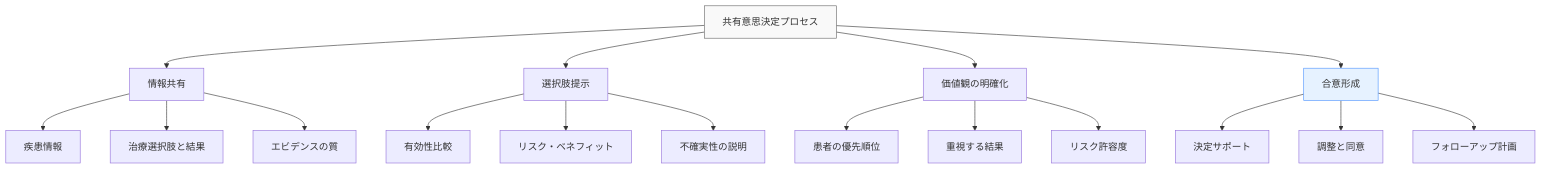
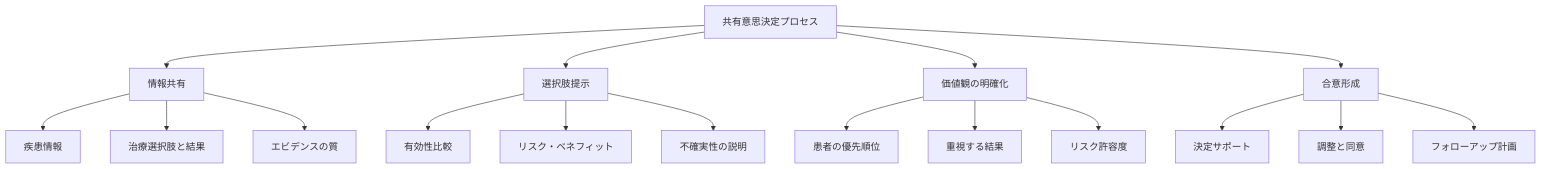
Before and after one commit to shuji-bonji/Situational-Awareness-and-Decision-Making: the third of 11 diagrams in docs/applications/medical-dm.md, drawn with Mermaid. The commit also changed other lines of this file and 49 other files, not shown here.

Commit message:
fix: ダークモードで見づらい図の色の変更

````diff
--- a/docs/applications/medical-dm.md
+++ b/docs/applications/medical-dm.md
@@ -96,26 +96,26 @@
     ```mermaid
     graph TD
         A[共有意思決定プロセス] --> B[情報共有]
         A --> C[選択肢提示]
         A --> D[価値観の明確化]
         A --> E[合意形成]
         
         B --> B1[疾患情報]
         B --> B2[治療選択肢と結果]
         B --> B3[エビデンスの質]
         
         C --> C1[有効性比較]
         C --> C2[リスク・ベネフィット]
         C --> C3[不確実性の説明]
         
         D --> D1[患者の優先順位]
         D --> D2[重視する結果]
         D --> D3[リスク許容度]
         
         E --> E1[決定サポート]
         E --> E2[調整と同意]
         E --> E3[フォローアップ計画]
         
-        style A fill:#f9f9f9,stroke:#666
-        style E fill:#e6f2ff,stroke:#4d94ff
+    
+    
     ```
````
